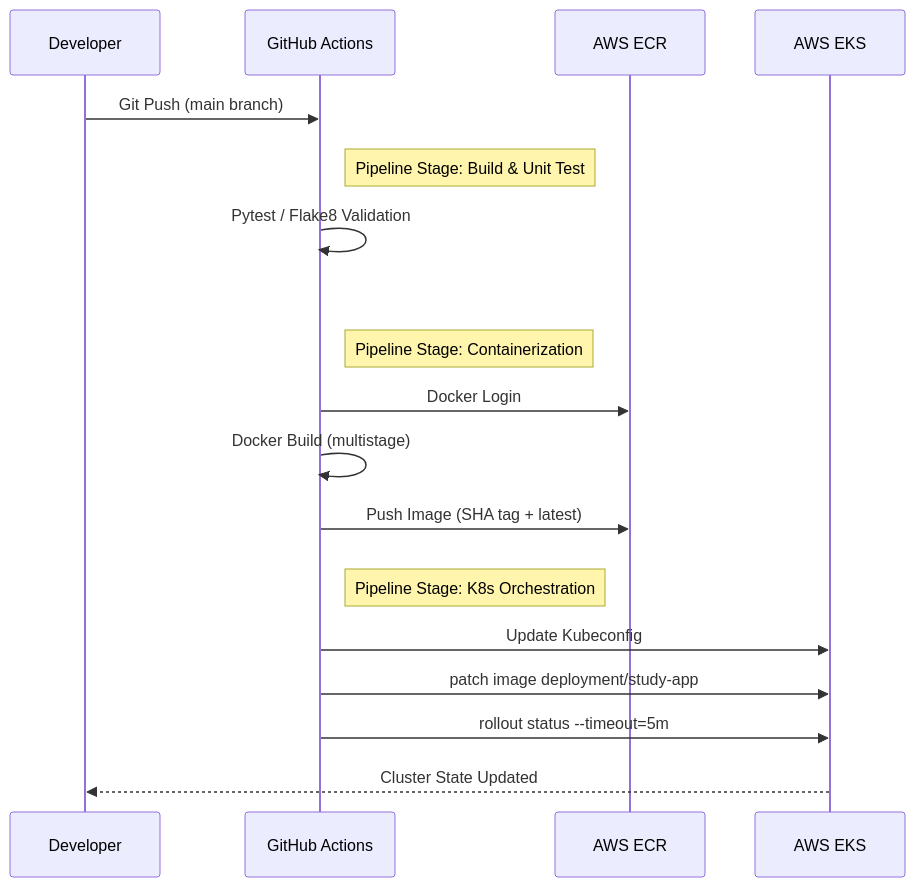
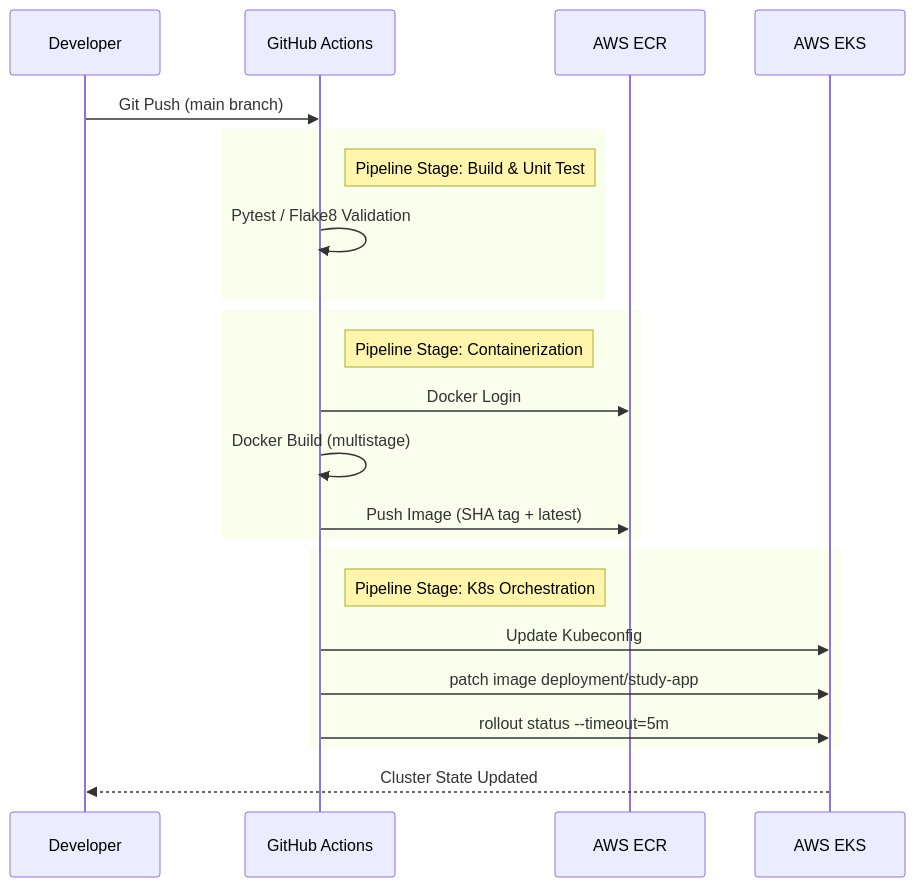
Before and after one commit to nasim-raj-laskar/StudyAI: the second of 2 diagrams in README.md, drawn with Mermaid.

````diff
--- a/README.md
+++ b/README.md
@@ -59,30 +59,30 @@
 ```mermaid
 sequenceDiagram
     participant Dev as Developer
     participant GHA as GitHub Actions
     participant ECR as AWS ECR
     participant EKS as AWS EKS
 
     Dev->>GHA: Git Push (main branch)
 
-    rect rgb(255, 255, 255)
+    rect
         Note right of GHA: Pipeline Stage: Build & Unit Test
         GHA->>GHA: Pytest / Flake8 Validation
     end
 
-    rect rgb(255, 255, 255)
+    rect
         Note right of GHA: Pipeline Stage: Containerization
         GHA->>ECR: Docker Login
         GHA->>GHA: Docker Build (multistage)
         GHA->>ECR: Push Image (SHA tag + latest)
     end
 
-    rect rgb(255, 255, 255)
+    rect
         Note right of GHA: Pipeline Stage: K8s Orchestration
         GHA->>EKS: Update Kubeconfig
         GHA->>EKS: patch image deployment/study-app
         GHA->>EKS: rollout status --timeout=5m
     end
 
     EKS-->>Dev: Cluster State Updated
 ```
````
